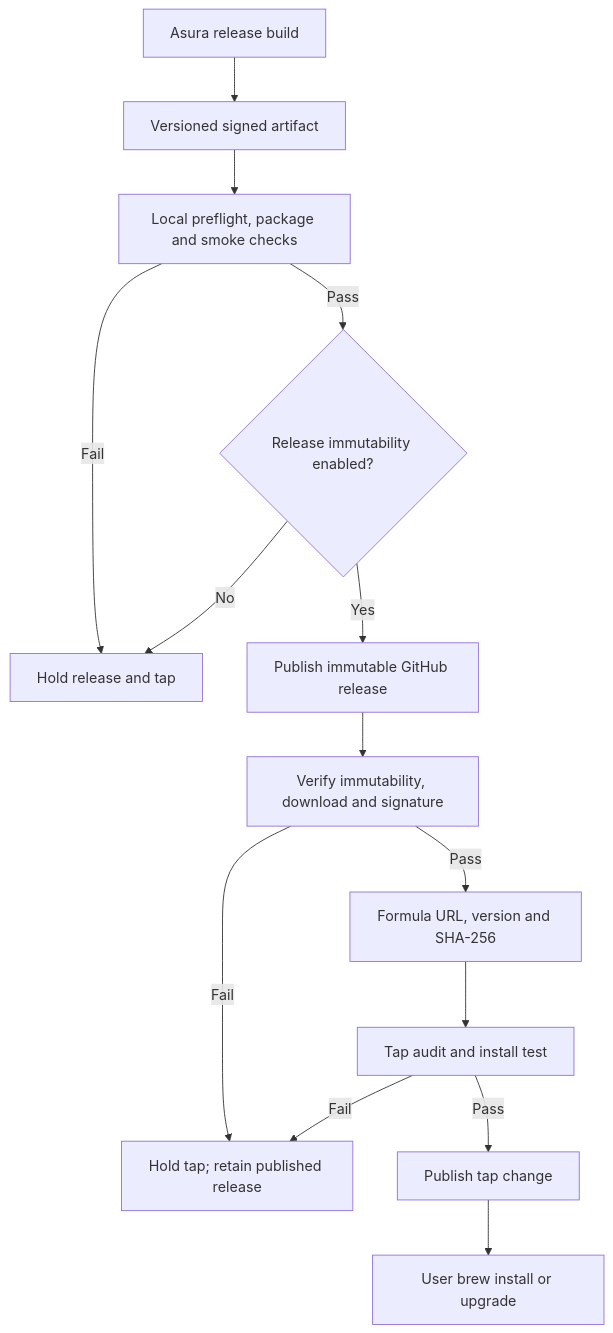
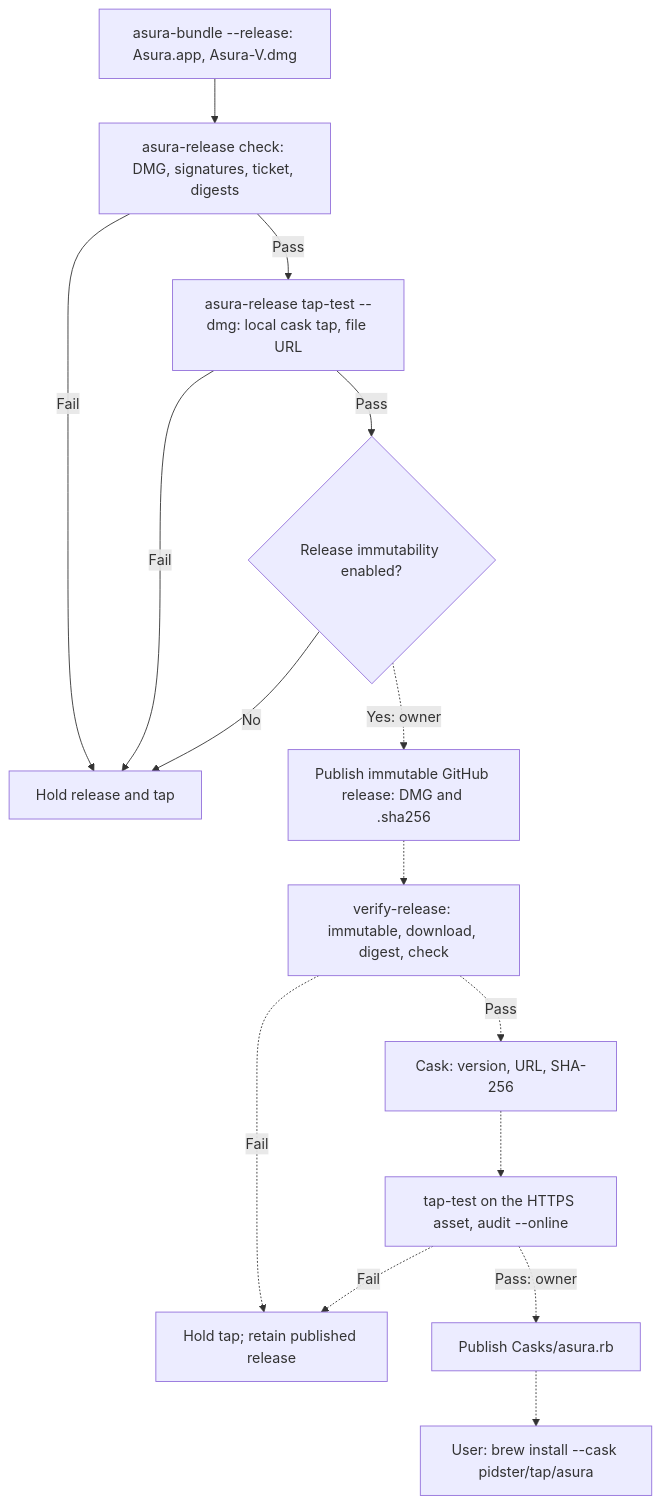
One commit to pidster/asura changed the first of 2 diagrams in docs/designs/release-distribution.md. Above: the diagram before and after it, drawn with Mermaid. The commit also changed other lines of this file and 10 other files, not shown here.

First line of the commit message:
Design the signed DMG and Homebrew cask distribution (SG6)

````diff
--- a/docs/designs/release-distribution.md
+++ b/docs/designs/release-distribution.md
@@ -114,16 +130,17 @@
 ```mermaid
 flowchart TD
-    CI["Asura release build"] --> Artifact["Versioned signed artifact"]
-    Artifact --> Local["Local preflight, package and smoke checks"]
+    Build["asura-bundle --release: Asura.app, Asura-V.dmg"] --> Local["asura-release check: DMG, signatures, ticket, digests"]
     Local -->|Fail| HoldRelease["Hold release and tap"]
-    Local -->|Pass| Policy{"Release immutability enabled?"}
+    Local -->|Pass| TapLocal["asura-release tap-test --dmg: local cask tap, file URL"]
+    TapLocal -->|Fail| HoldRelease
+    TapLocal -->|Pass| Policy{"Release immutability enabled?"}
     Policy -->|No| HoldRelease
-    Policy -->|Yes| Release["Publish immutable GitHub release"]
-    Release --> Remote["Verify immutability, download and signature"]
-    Remote -->|Fail| HoldTap["Hold tap; retain published release"]
-    Remote -->|Pass| Formula["Formula URL, version and SHA-256"]
-    Formula --> Audit["Tap audit and install test"]
-    Audit -->|Pass| Publish["Publish tap change"]
-    Audit -->|Fail| HoldTap
-    Publish --> Install["User brew install or upgrade"]
+    Policy -.->|"Yes: owner"| Release["Publish immutable GitHub release: DMG and .sha256"]
+    Release -.-> Remote["verify-release: immutable, download, digest, check"]
+    Remote -.->|Fail| HoldTap["Hold tap; retain published release"]
+    Remote -.->|Pass| CaskFile["Cask: version, URL, SHA-256"]
+    CaskFile -.-> Audit["tap-test on the HTTPS asset, audit --online"]
+    Audit -.->|Fail| HoldTap
+    Audit -.->|"Pass: owner"| Publish["Publish Casks/asura.rb"]
+    Publish -.-> Install["User: brew install --cask pidster/tap/asura"]
 ```
````
